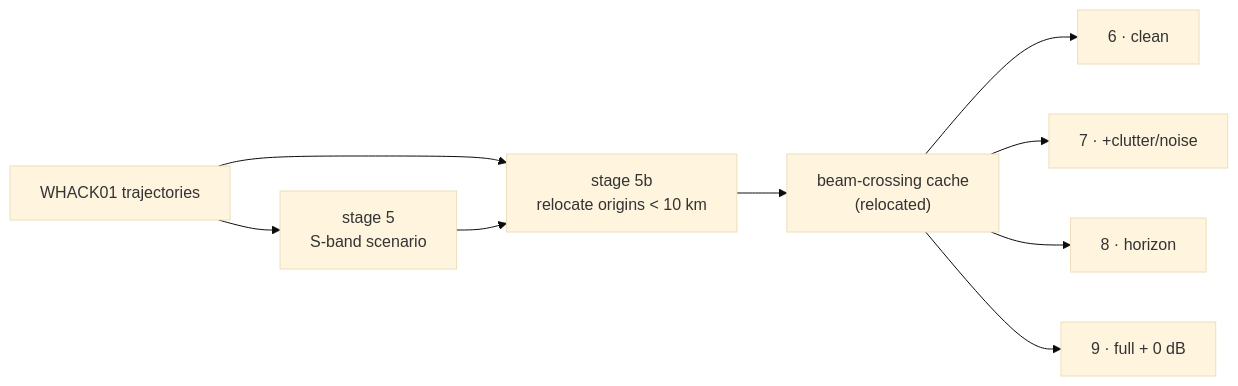
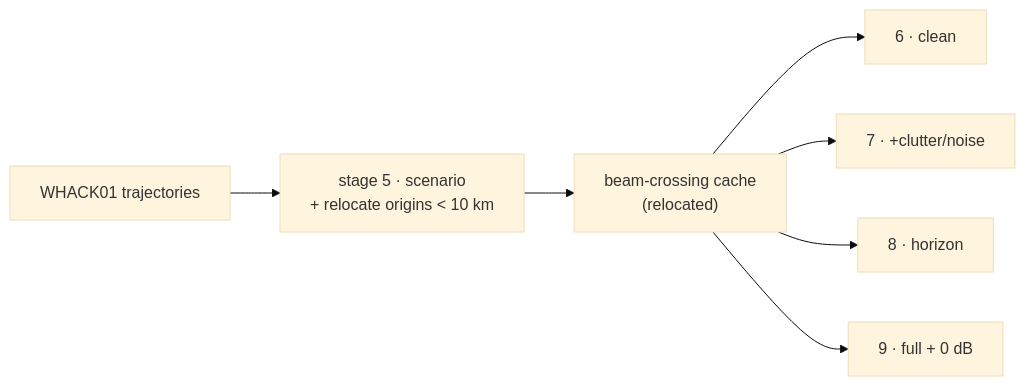
The diagram in README.md (zheniannn/whack02-RadarSideQuest), drawn with Mermaid (base theme) before and after one commit. The commit also changed other lines of this file and 8 other files, not shown here.

First line of the commit message:
Make SideQuest = WHACK02 + relocation only: fold 05b into stage 5, drop 05b & 11

````diff
--- a/README.md
+++ b/README.md
@@ -28,8 +27,6 @@
 ```mermaid
 flowchart LR
-    T["WHACK01 trajectories"] --> S5["stage 5<br/>S-band scenario"]
-    T --> R["stage 5b<br/>relocate origins &lt; 10 km"]
-    S5 --> R
-    R --> BC["beam-crossing cache<br/>(relocated)"]
+    T["WHACK01 trajectories"] --> S5["stage 5 · scenario<br/>+ relocate origins &lt; 10 km"]
+    S5 --> BC["beam-crossing cache<br/>(relocated)"]
     BC --> S6["6 · clean"] & S7["7 · +clutter/noise"] & S8["8 · horizon"] & S9["9 · full + 0 dB"]
 ```
````
